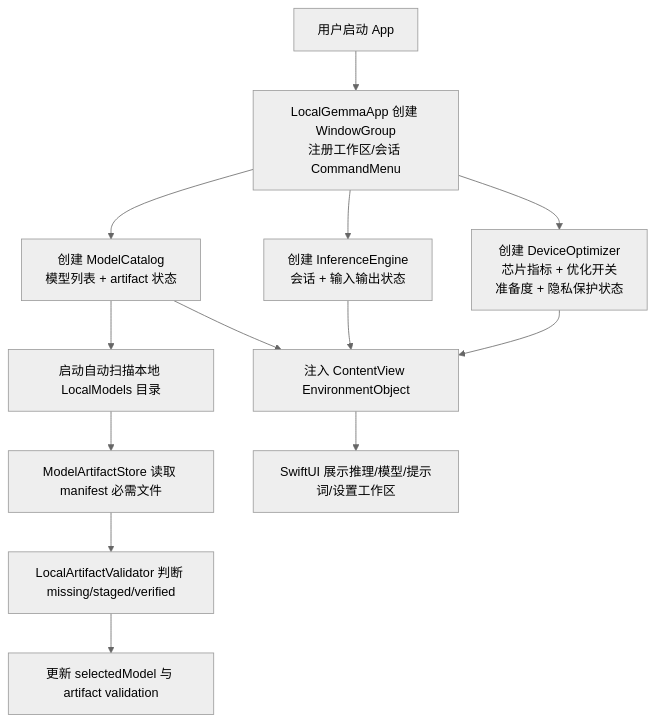
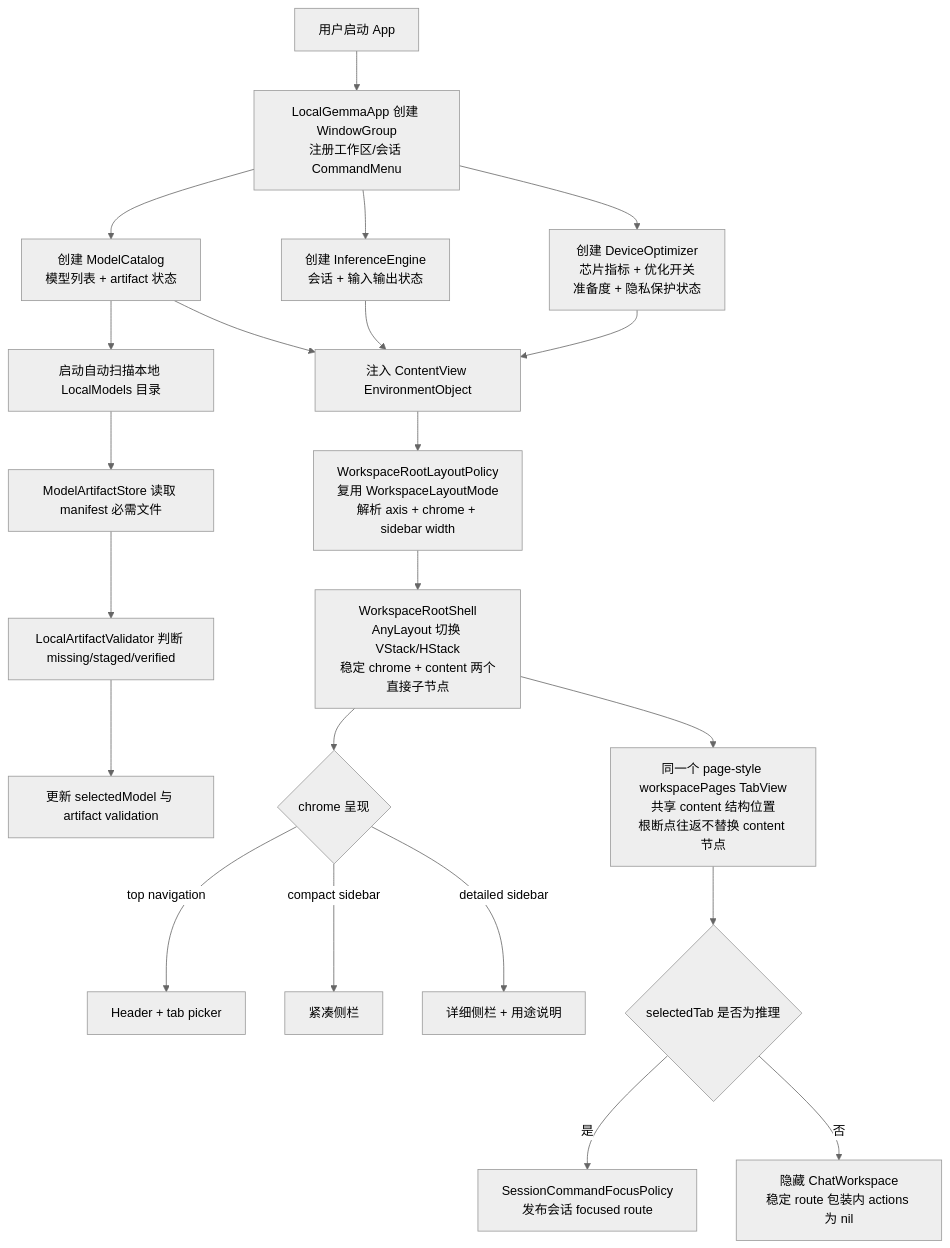
One commit to Altman-sam114/113 changed the first of 10 diagrams in md/flow/flowchart.md. Above: the diagram before and after it, drawn with Mermaid (neutral theme). The commit also changed other lines of this file and 9 other files, not shown here.

````diff
--- a/md/flow/flowchart.md
+++ b/md/flow/flowchart.md
@@ -9,15 +9,24 @@
 ```mermaid
 flowchart TD
     A[用户启动 App] --> B[LocalGemmaApp 创建 WindowGroup<br/>注册工作区/会话 CommandMenu]
     B --> C[创建 ModelCatalog<br/>模型列表 + artifact 状态]
     B --> D[创建 InferenceEngine<br/>会话 + 输入输出状态]
     B --> E[创建 DeviceOptimizer<br/>芯片指标 + 优化开关<br/>准备度 + 隐私保护状态]
     C --> F[启动自动扫描本地 LocalModels 目录]
     F --> G[ModelArtifactStore 读取 manifest 必需文件]
     G --> H[LocalArtifactValidator 判断 missing/staged/verified]
     H --> I[更新 selectedModel 与 artifact validation]
     C --> J[注入 ContentView EnvironmentObject]
     D --> J
     E --> J
-    J --> K[SwiftUI 展示推理/模型/提示词/设置工作区]
+    J --> K[WorkspaceRootLayoutPolicy<br/>复用 WorkspaceLayoutMode<br/>解析 axis + chrome + sidebar width]
+    K --> L[WorkspaceRootShell<br/>AnyLayout 切换 VStack/HStack<br/>稳定 chrome + content 两个直接子节点]
+    L --> M{chrome 呈现}
+    M -- top navigation --> N[Header + tab picker]
+    M -- compact sidebar --> O[紧凑侧栏]
+    M -- detailed sidebar --> P[详细侧栏 + 用途说明]
+    L --> Q[同一个 page-style workspacePages TabView<br/>共享 content 结构位置<br/>根断点往返不替换 content 节点]
+    Q --> R{selectedTab 是否为推理}
+    R -- 是 --> S[SessionCommandFocusPolicy<br/>发布会话 focused route]
+    R -- 否 --> T[隐藏 ChatWorkspace<br/>稳定 route 包装内 actions 为 nil]
 ```
````
